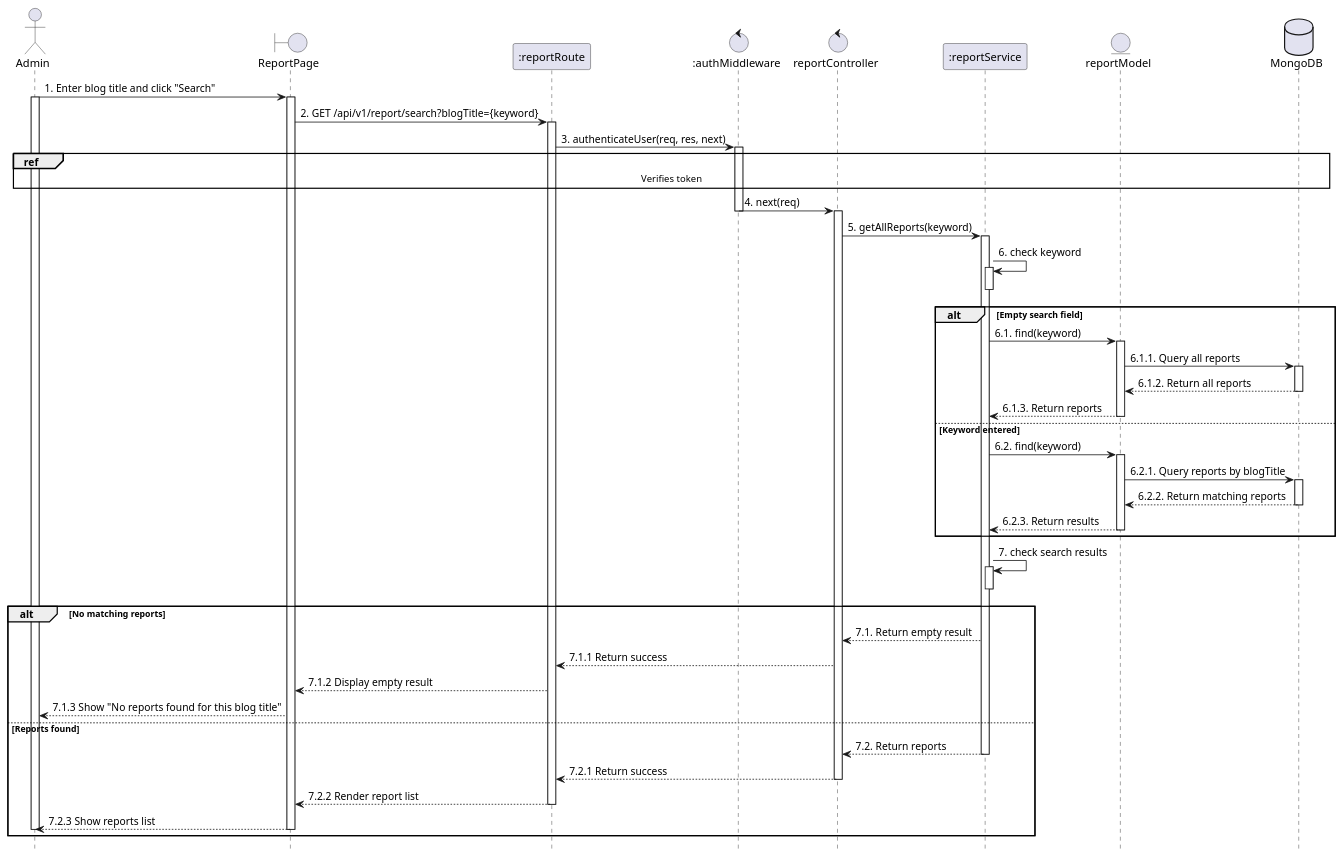
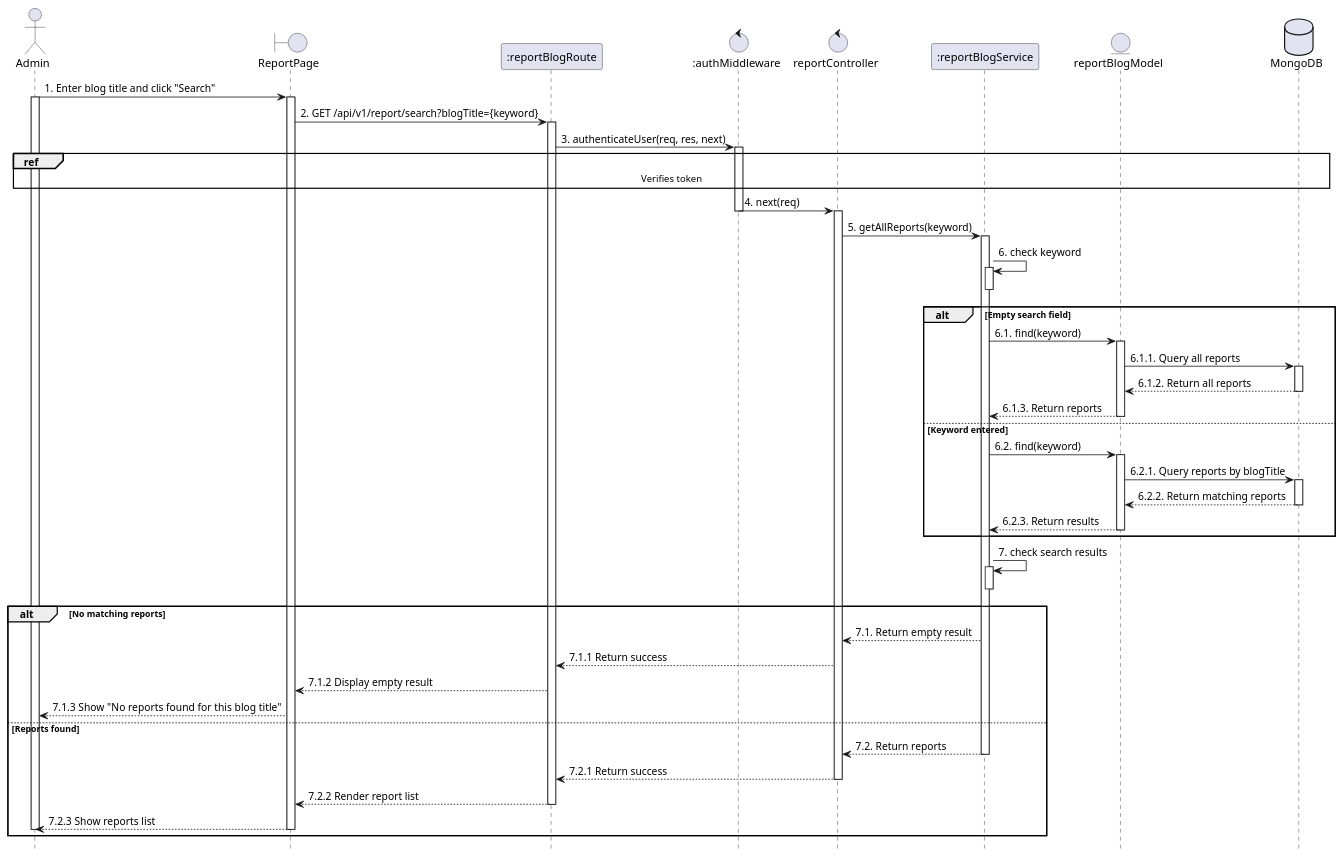
The diagram in planuml/web/19.5_searchReport.puml (VietDurian/VietDurian), drawn with PlantUML before and after one commit. The commit also changed 11 other files, not shown here.

Commit message:
be:report-blog:done

```diff
--- a/planuml/web/19.5_searchReport.puml
+++ b/planuml/web/19.5_searchReport.puml
@@ -1,75 +1,75 @@
 @startuml SearchReportByDish
 
 actor Admin
 boundary "ReportPage" as View 
-participant ":reportRoute" as Route 
+participant ":reportBlogRoute" as Route 
 control ":authMiddleware" as Auth 
 control "reportController" as Controller 
-participant ":reportService" as Service 
-entity "reportModel" as Model 
+participant ":reportBlogService" as Service 
+entity "reportBlogModel" as Model 
 database "MongoDB" as MongoDB
 hide footbox
 
 Admin -> View: 1. Enter blog title and click "Search"
 activate Admin
 activate View
 
 View -> Route: 2. GET /api/v1/report/search?blogTitle={keyword}
 activate Route
 
 Route -> Auth: 3. authenticateUser(req, res, next)
 activate Auth
 ref over Admin, MongoDB : Verifies token
 
 Auth -> Controller: 4. next(req)
 deactivate Auth
 activate Controller
 
 Controller -> Service: 5. getAllReports(keyword)
 activate Service
 
 Service -> Service: 6. check keyword
 activate Service
 deactivate Service
 
 alt Empty search field
     Service -> Model: 6.1. find(keyword)
     activate Model
     Model -> MongoDB: 6.1.1. Query all reports
     activate MongoDB
     MongoDB --> Model: 6.1.2. Return all reports
     deactivate MongoDB
     Model --> Service: 6.1.3. Return reports
     deactivate Model
 else Keyword entered
     Service -> Model: 6.2. find(keyword)
     activate Model
     Model -> MongoDB: 6.2.1. Query reports by blogTitle
     activate MongoDB
     MongoDB --> Model: 6.2.2. Return matching reports
     deactivate MongoDB
     Model --> Service: 6.2.3. Return results
     deactivate Model
 end
 
 Service -> Service: 7. check search results
 activate Service
 deactivate Service
 
 alt No matching reports
     Service --> Controller: 7.1. Return empty result
     Controller --> Route: 7.1.1 Return success
     Route --> View: 7.1.2 Display empty result 
     View --> Admin: 7.1.3 Show "No reports found for this blog title"
 else Reports found
     Service --> Controller: 7.2. Return reports
     deactivate Service
     Controller --> Route: 7.2.1 Return success 
     deactivate Controller
     Route --> View: 7.2.2 Render report list
     deactivate Route
     View --> Admin: 7.2.3 Show reports list
     deactivate View
     deactivate Admin
 end
 @enduml
```
